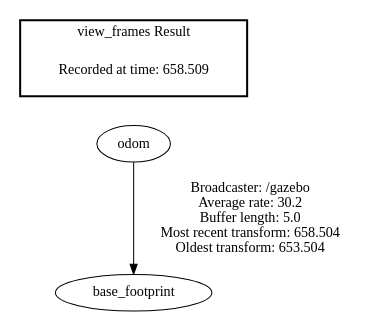
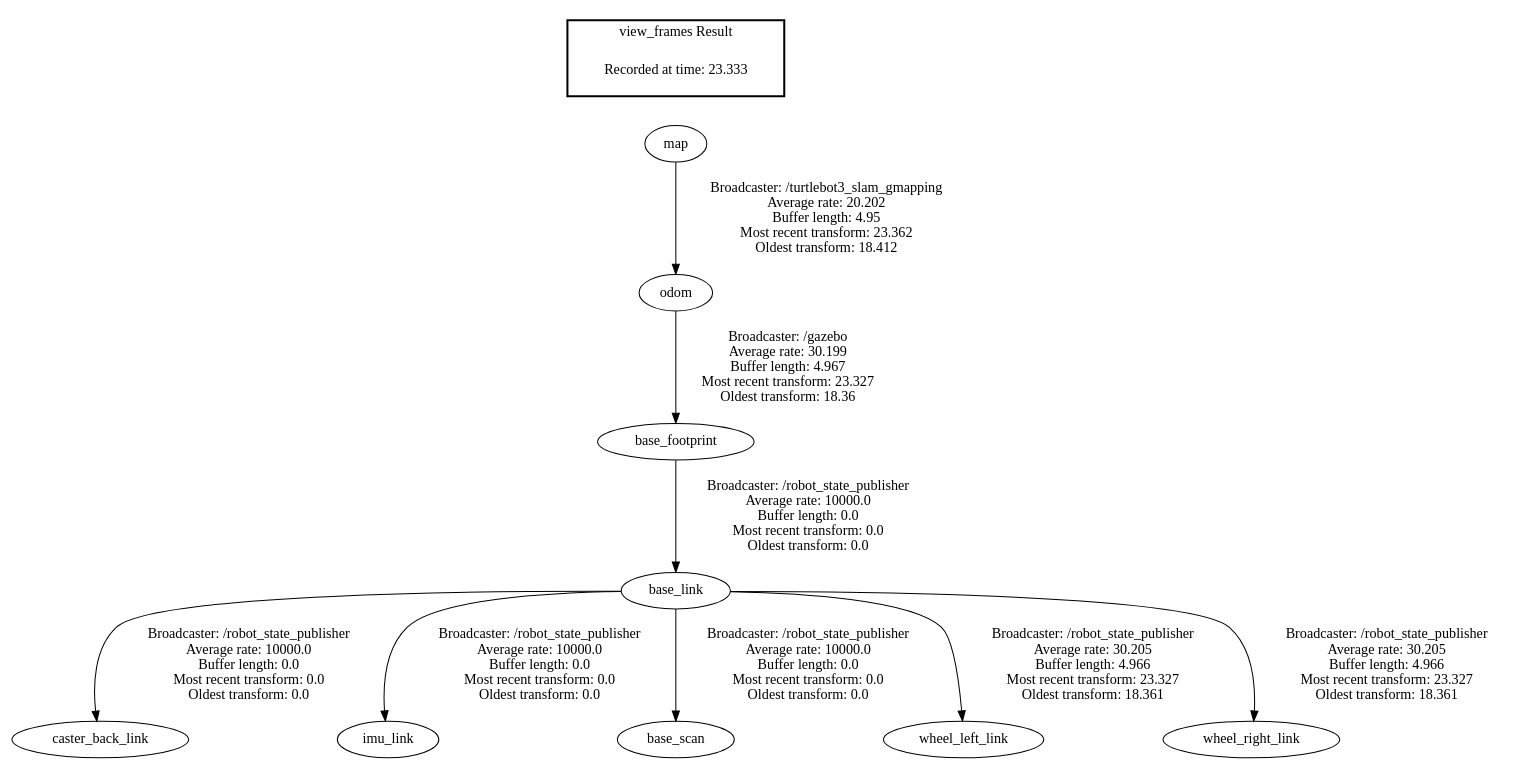
One commit to Utsab-2010/Gap-Detection-ROS changed the diagram in frames.gv. Above: the diagram before and after it, drawn with Graphviz. The commit also changed 106 other files, not shown here.

```diff
--- a/frames.gv
+++ b/frames.gv
@@ -1,7 +1,14 @@
 digraph G {
-"odom" -> "base_footprint"[label=" Broadcaster: /gazebo\nAverage rate: 30.2\nBuffer length: 5.0\nMost recent transform: 658.504\nOldest transform: 653.504\n"];
+"base_footprint" -> "base_link"[label=" Broadcaster: /robot_state_publisher\nAverage rate: 10000.0\nBuffer length: 0.0\nMost recent transform: 0.0\nOldest transform: 0.0\n"];
+"odom" -> "base_footprint"[label=" Broadcaster: /gazebo\nAverage rate: 30.199\nBuffer length: 4.967\nMost recent transform: 23.327\nOldest transform: 18.36\n"];
+"base_link" -> "caster_back_link"[label=" Broadcaster: /robot_state_publisher\nAverage rate: 10000.0\nBuffer length: 0.0\nMost recent transform: 0.0\nOldest transform: 0.0\n"];
+"base_link" -> "imu_link"[label=" Broadcaster: /robot_state_publisher\nAverage rate: 10000.0\nBuffer length: 0.0\nMost recent transform: 0.0\nOldest transform: 0.0\n"];
+"base_link" -> "base_scan"[label=" Broadcaster: /robot_state_publisher\nAverage rate: 10000.0\nBuffer length: 0.0\nMost recent transform: 0.0\nOldest transform: 0.0\n"];
+"map" -> "odom"[label=" Broadcaster: /turtlebot3_slam_gmapping\nAverage rate: 20.202\nBuffer length: 4.95\nMost recent transform: 23.362\nOldest transform: 18.412\n"];
+"base_link" -> "wheel_left_link"[label=" Broadcaster: /robot_state_publisher\nAverage rate: 30.205\nBuffer length: 4.966\nMost recent transform: 23.327\nOldest transform: 18.361\n"];
+"base_link" -> "wheel_right_link"[label=" Broadcaster: /robot_state_publisher\nAverage rate: 30.205\nBuffer length: 4.966\nMost recent transform: 23.327\nOldest transform: 18.361\n"];
 edge [style=invis];
  subgraph cluster_legend { style=bold; color=black; label ="view_frames Result";
-"Recorded at time: 658.509"[ shape=plaintext ] ;
-}->"odom";
+"Recorded at time: 23.333"[ shape=plaintext ] ;
+}->"map";
 }
```
